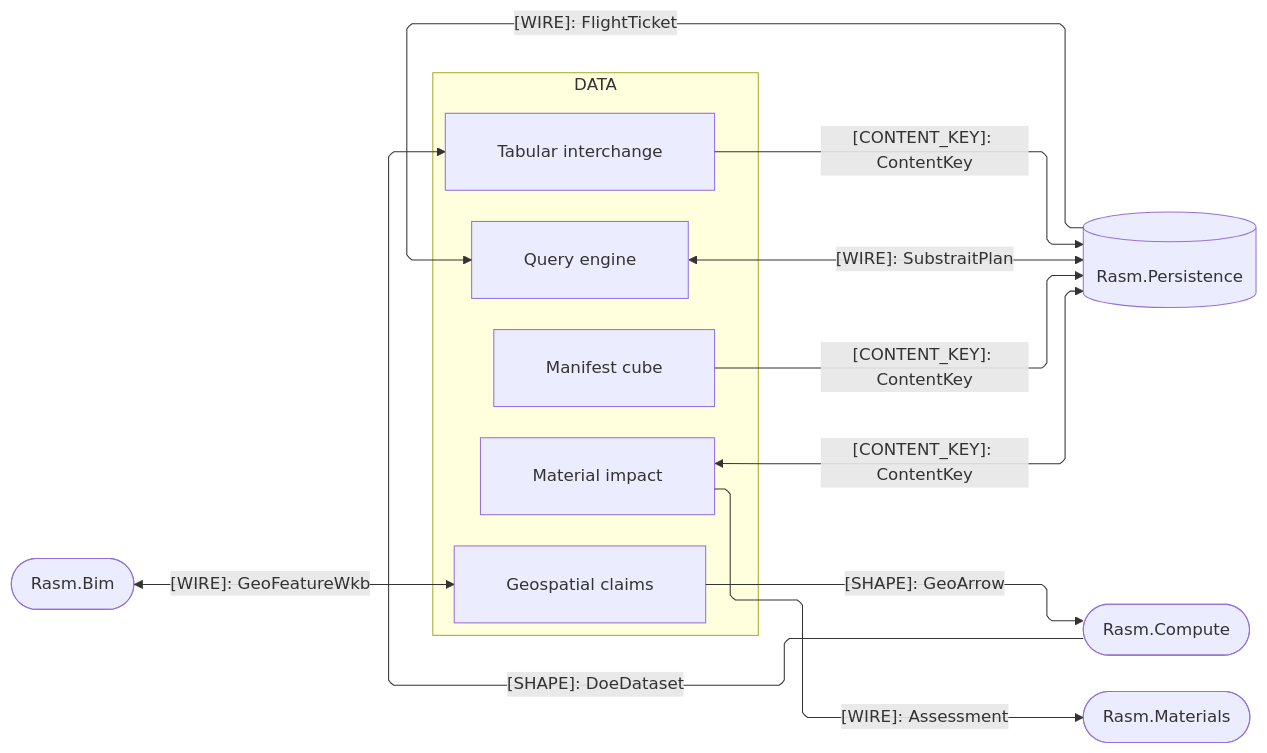
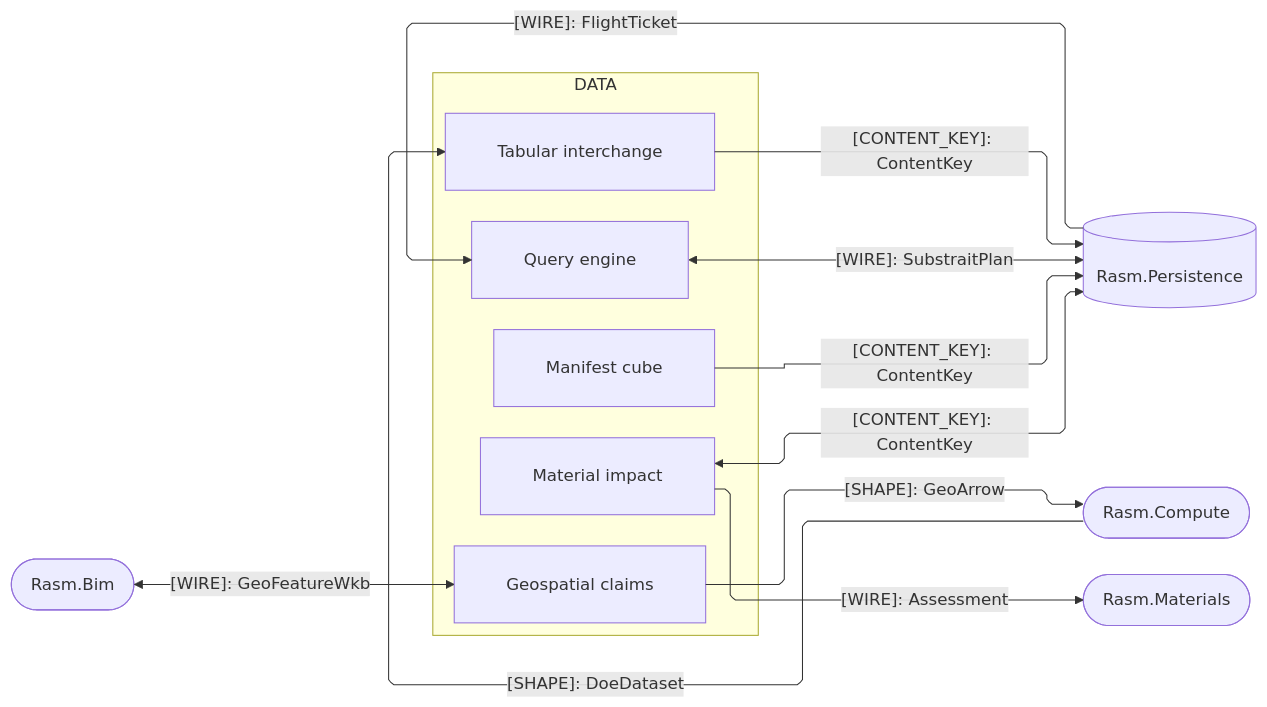
One commit to bsamiee/Rasm changed the fourth of 4 diagrams in libs/python/data/ARCHITECTURE.md. Above: the diagram before and after it, drawn with Mermaid. The commit also changed other lines of this file and 383 other files, not shown here.

````diff
--- a/libs/python/data/ARCHITECTURE.md
+++ b/libs/python/data/ARCHITECTURE.md
@@ -118,35 +184,32 @@
 ```mermaid
 ---
 config:
   layout: elk
-  elk:
-    nodePlacementStrategy: NETWORK_SIMPLEX
-    considerModelOrder: NODES_AND_EDGES
   flowchart:
     curve: linear
     padding: 25
 ---
 flowchart LR
     accTitle: Data package C#-peer seam registry
-    accDescr: Data sub-domain owners exchanging frame shapes, content keys, plan wires, and the environmental set with the Rasm.Compute, Persistence, Materials, and Bim C# peers.
+    accDescr: Data sub-domain owners exchanging frame shapes, content keys, plan wires, and the environmental set with the C# peers.
     subgraph data[DATA]
         Tabular[Tabular interchange]
         Query[Query engine]
         Geospatial[Geospatial claims]
         Virtual[Manifest cube]
         Impact[Material impact]
     end
     Persistence[(Rasm.Persistence)]
     Compute([Rasm.Compute])
     Materials([Rasm.Materials])
     Bim([Rasm.Bim])
     Compute e1@-->|"[SHAPE]: DoeDataset"| Tabular
     Geospatial e2@-->|"[SHAPE]: GeoArrow"| Compute
     Tabular e3@-->|"[CONTENT_KEY]: ContentKey"| Persistence
     Query e4@<-->|"[WIRE]: SubstraitPlan"| Persistence
     Virtual e5@-->|"[CONTENT_KEY]: ContentKey"| Persistence
     Impact e6@<-->|"[CONTENT_KEY]: ContentKey"| Persistence
     Impact e7@-->|"[WIRE]: Assessment"| Materials
     Bim e8@<-->|"[WIRE]: GeoFeatureWkb"| Geospatial
     Persistence e9@-->|"[WIRE]: FlightTicket"| Query
 ```
````
